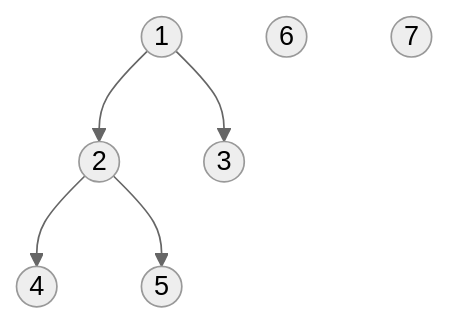
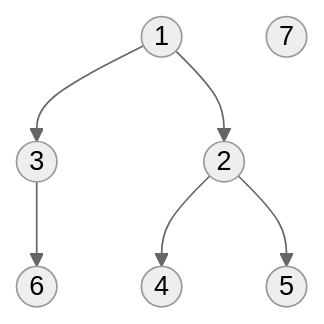
The diagram in terminale/Structures_arborescentes_de_données/Arbres_binaires.md (boddaert/nsi), drawn with Mermaid (neutral theme) before and after one commit.

````diff
--- a/terminale/Structures_arborescentes_de_données/Arbres_binaires.md
+++ b/terminale/Structures_arborescentes_de_données/Arbres_binaires.md
@@ -15,14 +15,15 @@
 ```mermaid
 flowchart TB
     A((1))
     B((2))
     C((3))
     D((4))
     E((5))
     F((6))
     G((7))
     A --> C
     A --> B
     B --> D
     B --> E
+    C --> F
 ```
````
